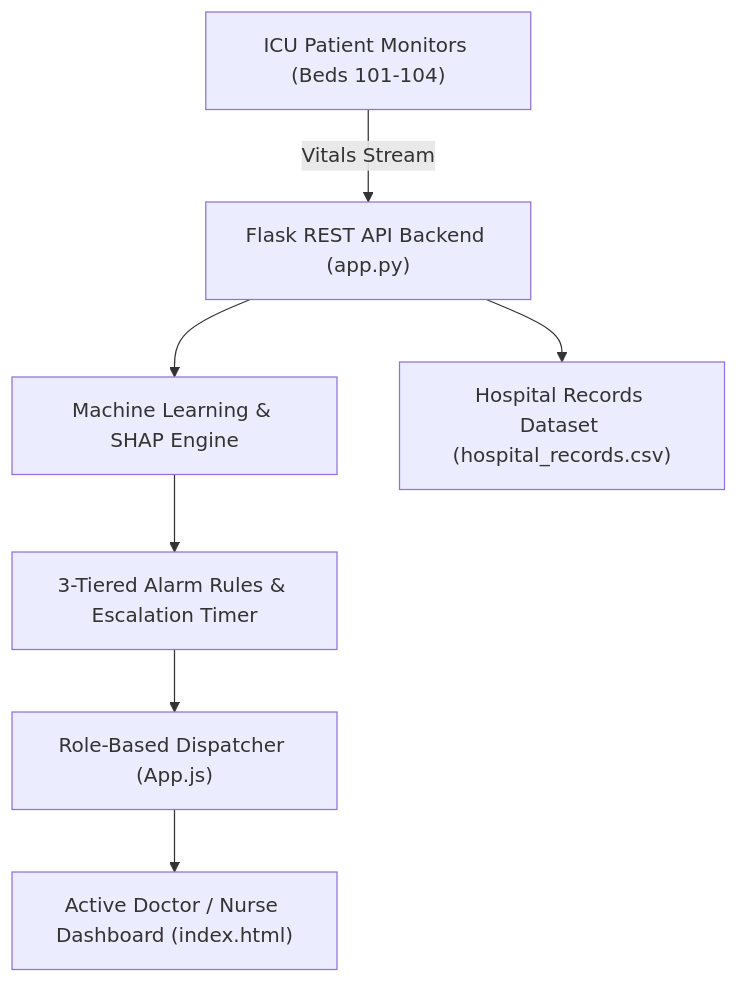
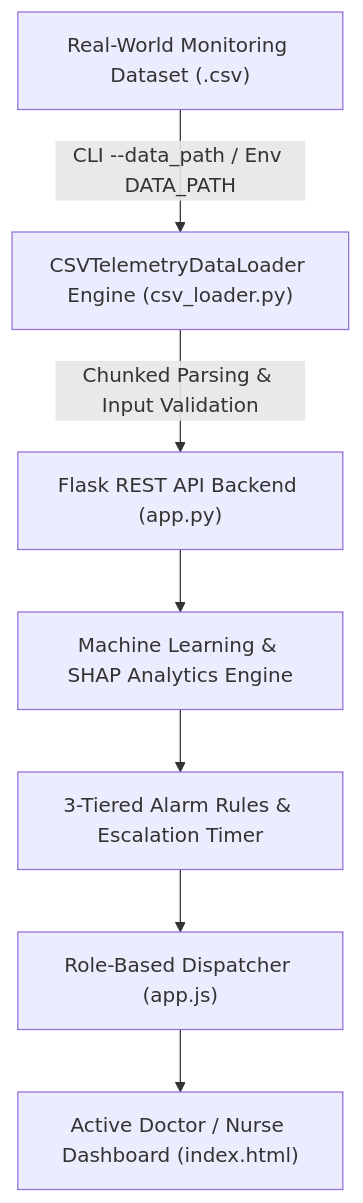
Before and after one commit to JARUPULANAVEEN/AMMA-ICU-SENTINEL: the diagram in README.md, drawn with Mermaid. The commit also changed other lines of this file and 5 other files, not shown here.

Commit message:
Refactor project data pipeline to replace mock data with dynamic CSV loader (--data_path)

````diff
--- a/README.md
+++ b/README.md
@@ -70,9 +105,9 @@
 ```mermaid
 flowchart TD
-    A["ICU Patient Monitors (Beds 101-104)"] -->|Vitals Stream| B["Flask REST API Backend (app.py)"]
-    B --> C["Machine Learning & SHAP Engine"]
-    B --> D["Hospital Records Dataset (hospital_records.csv)"]
-    C --> E["3-Tiered Alarm Rules & Escalation Timer"]
-    E --> F["Role-Based Dispatcher (App.js)"]
+    A["Real-World Monitoring Dataset (.csv)"] -->|CLI --data_path / Env DATA_PATH| B["CSVTelemetryDataLoader Engine (csv_loader.py)"]
+    B -->|Chunked Parsing & Input Validation| C["Flask REST API Backend (app.py)"]
+    C --> D["Machine Learning & SHAP Analytics Engine"]
+    D --> E["3-Tiered Alarm Rules & Escalation Timer"]
+    E --> F["Role-Based Dispatcher (app.js)"]
     F --> G["Active Doctor / Nurse Dashboard (index.html)"]
 ```
````
